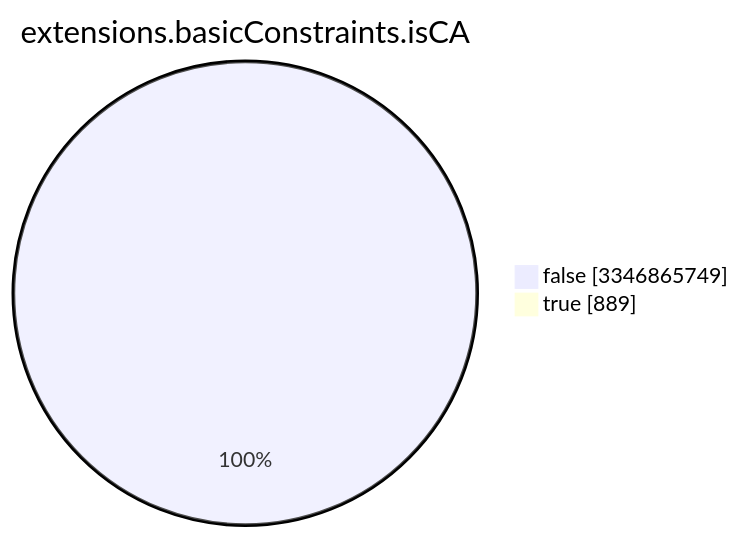
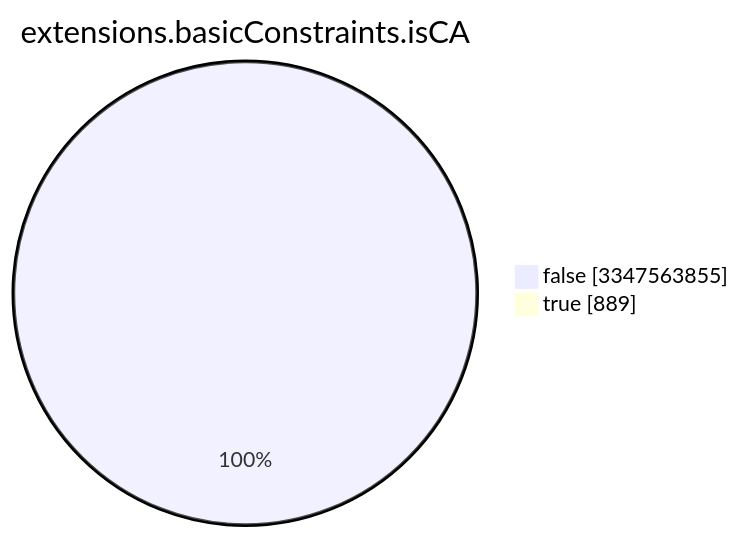
The seventh of 15 diagrams in TOTAL/README.md (christiankrug/ctmonitor_visualization), drawn with Mermaid before and after one commit. The commit also changed other lines of this file, not shown here.

````diff
--- a/TOTAL/README.md
+++ b/TOTAL/README.md
@@ -3089,6 +3089,6 @@
 ```mermaid
 pie showData
 title extensions.basicConstraints.isCA
-"false" :3346865749
+"false" :3347563855
 "true" :889
 ```
````
